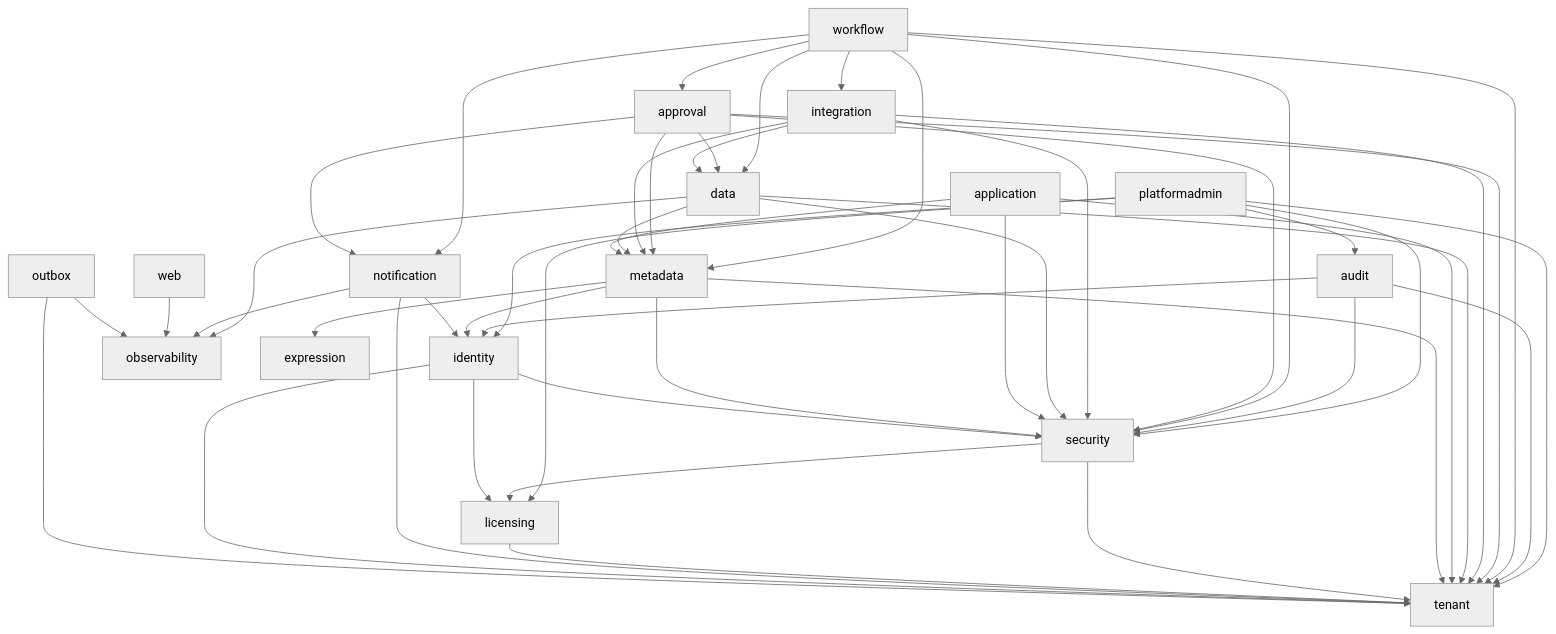
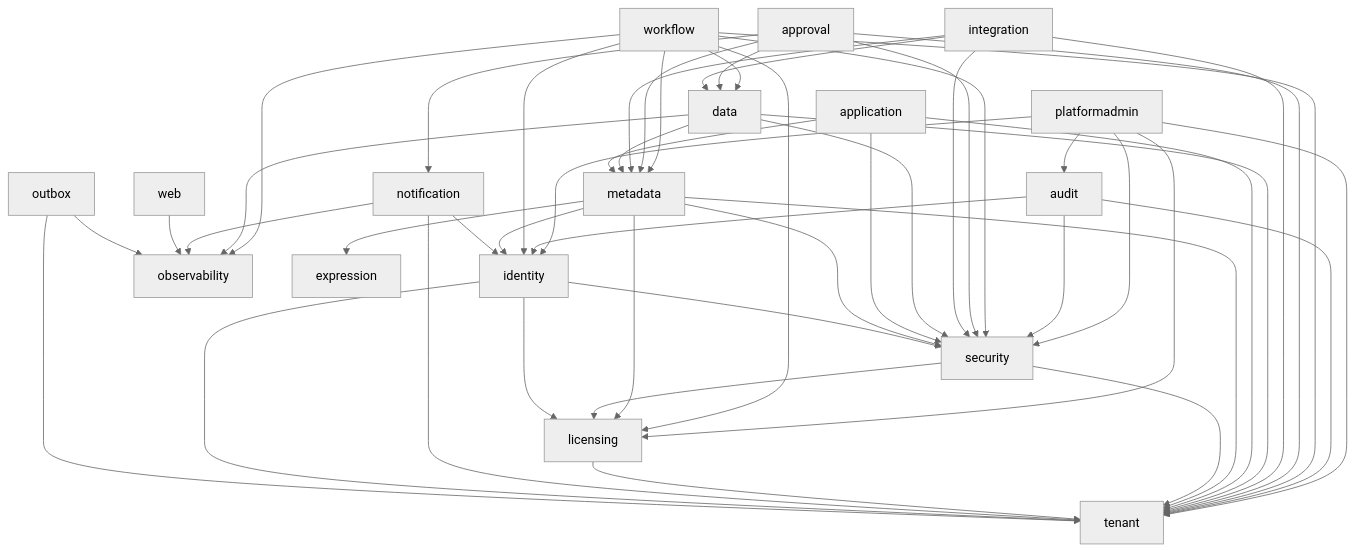
The diagram in docs/modules.md (JKCloudbridge/SaaSJAVA), drawn with Mermaid (neutral theme) before and after one commit. The commit also changed other lines of this file and 103 other files, not shown here.

````diff
--- a/docs/modules.md
+++ b/docs/modules.md
@@ -31,17 +31,17 @@
 ```mermaid
 graph TD
   platformadmin --> licensing & identity & security & audit & tenant
   audit --> identity & security & tenant
-  workflow --> approval & integration & notification & data & metadata & security & tenant
+  workflow --> data & metadata & security & identity & licensing & observability & tenant
   approval --> notification & data & metadata & security & tenant
   integration --> data & metadata & security & tenant
   data --> metadata & security & tenant & observability
   application --> metadata & security & tenant
-  metadata --> security & identity & tenant & expression
+  metadata --> security & identity & tenant & expression & licensing
   security --> licensing & tenant
   licensing --> tenant
   notification --> identity & tenant & observability
   identity --> tenant & licensing & security
   web --> observability
   outbox --> tenant & observability
 ```
````
